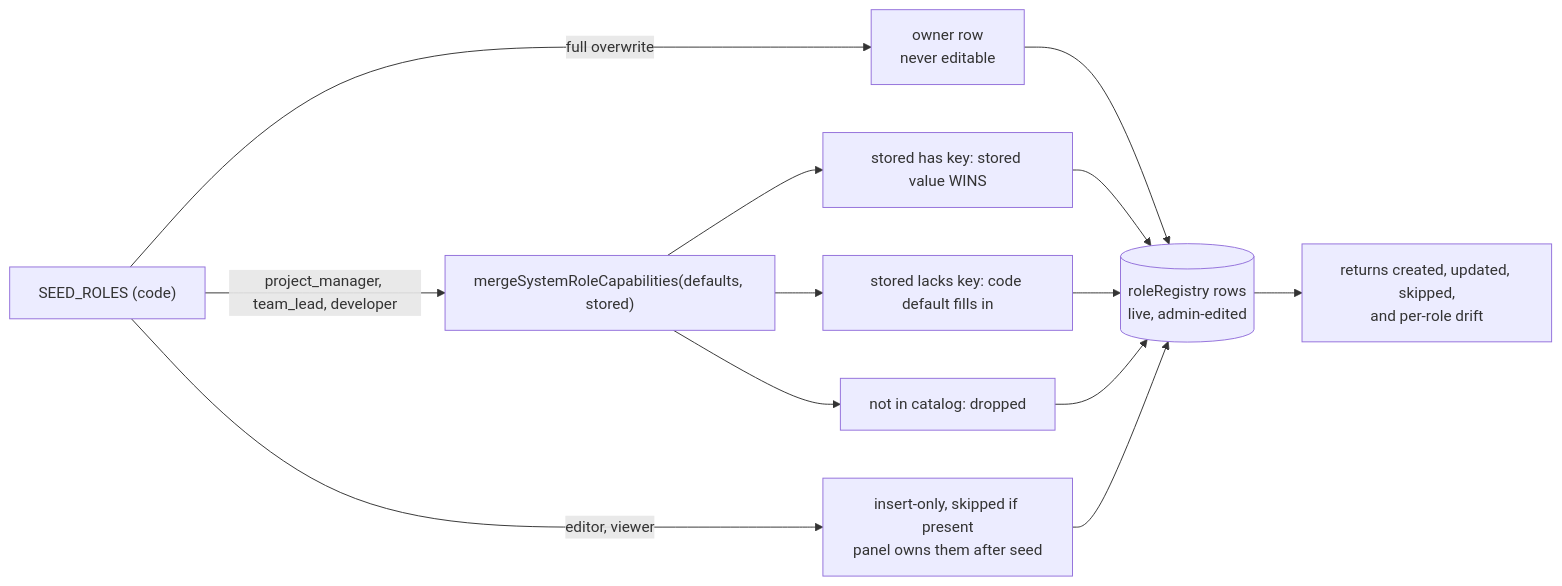
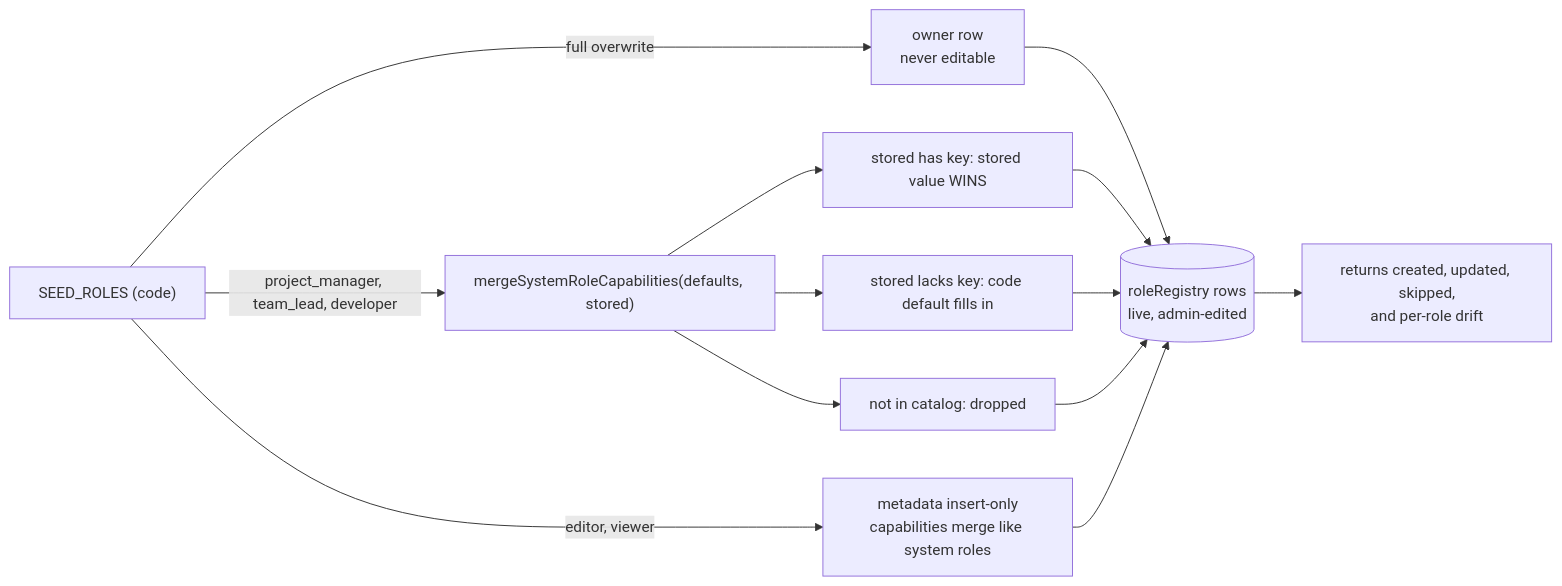
Before and after one commit to rafay99-epic/envpilot.dev: the third of 3 diagrams in apps/blog/content/roles-as-data.mdx, drawn with Mermaid. The commit also changed 29 other files, not shown here.

````diff
--- a/apps/blog/content/roles-as-data.mdx
+++ b/apps/blog/content/roles-as-data.mdx
@@ -341,15 +341,15 @@
 ```mermaid
 flowchart LR
     S["SEED_ROLES (code)"] -->|"full overwrite"| OW["owner row<br/>never editable"]
     S -->|"project_manager, team_lead, developer"| MG["mergeSystemRoleCapabilities(defaults, stored)"]
-    S -->|"editor, viewer"| IN["insert-only, skipped if present<br/>panel owns them after seed"]
+    S -->|"editor, viewer"| IN["metadata insert-only<br/>capabilities merge like system roles"]
     MG --> R1["stored has key: stored value WINS"]
     MG --> R2["stored lacks key: code default fills in"]
     MG --> R3["not in catalog: dropped"]
     OW --> LIVE[("roleRegistry rows<br/>live, admin-edited")]
     R1 --> LIVE
     R2 --> LIVE
     R3 --> LIVE
     IN --> LIVE
     LIVE --> RET["returns created, updated, skipped,<br/>and per-role drift"]
 ```
````
